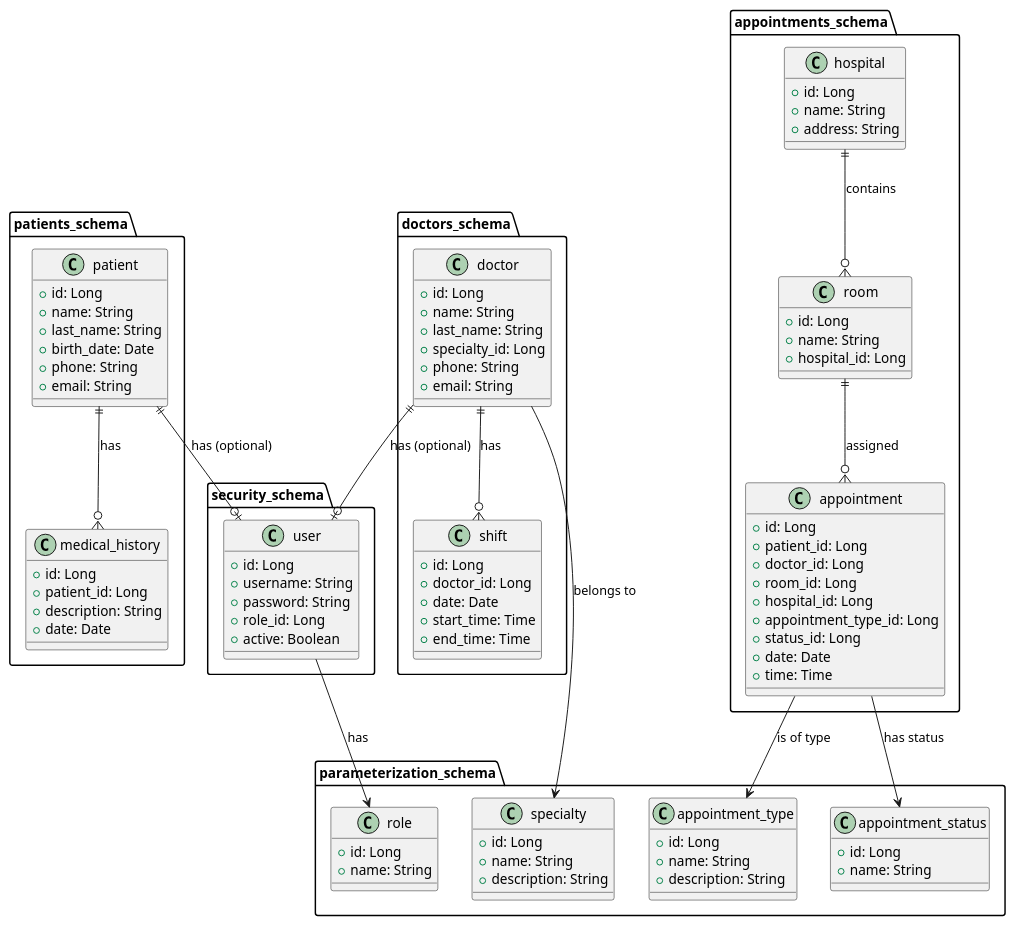
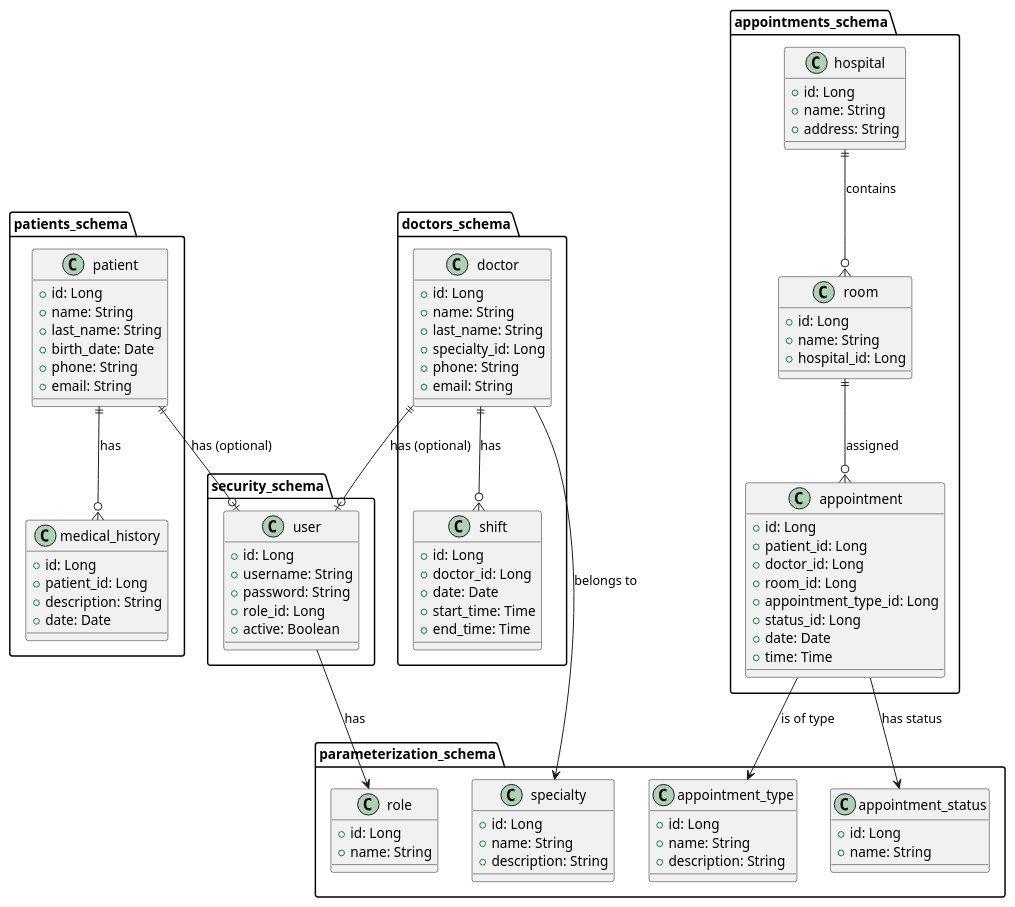
Before and after one commit to AFSB114/test-concept-adso-2899747: the diagram in docs/diagrams/database/clases.wsd, drawn with PlantUML. The commit also changed 1 other file, not shown here.

Commit message:
fix: remove redundant hospital_id from appointment table

```diff
--- a/docs/diagrams/database/clases.wsd
+++ b/docs/diagrams/database/clases.wsd
@@ -1,115 +1,114 @@
 @startuml Entity-Relationship Model (MER)
 
 package "patients_schema" {
     class patient {
         +id: Long
         +name: String
         +last_name: String
         +birth_date: Date
         +phone: String
         +email: String
     }
 
     class medical_history {
         +id: Long
         +patient_id: Long
         +description: String
         +date: Date
     }
 
     patient ||--o{ medical_history : has
 }
 
 package "doctors_schema" {
     class doctor {
         +id: Long
         +name: String
         +last_name: String
         +specialty_id: Long
         +phone: String
         +email: String
     }
 
     class shift {
         +id: Long
         +doctor_id: Long
         +date: Date
         +start_time: Time
         +end_time: Time
     }
 
     doctor ||--o{ shift : has
 }
 
 package "appointments_schema" {
     class appointment {
         +id: Long
         +patient_id: Long
         +doctor_id: Long
         +room_id: Long
-        +hospital_id: Long
         +appointment_type_id: Long
         +status_id: Long
         +date: Date
         +time: Time
     }
 
     class room {
         +id: Long
         +name: String
         +hospital_id: Long
     }
 
     class hospital {
         +id: Long
         +name: String
         +address: String
     }
 
     hospital ||--o{ room : contains
     room ||--o{ appointment : assigned
 }
 
 package "parameterization_schema" {
     class role {
         +id: Long
         +name: String
     }
 
     class appointment_type {
         +id: Long
         +name: String
         +description: String
     }
 
     class appointment_status {
         +id: Long
         +name: String
     }
 
     class specialty {
         +id: Long
         +name: String
         +description: String
     }
 }
 
 package "security_schema" {
     class user {
         +id: Long
         +username: String
         +password: String
         +role_id: Long
         +active: Boolean
     }
 }
 
 ' Relationships between schemas
 patient ||--o| user : has (optional)
 doctor ||--o| user : has (optional)
 user --> role : has
 appointment --> appointment_type : is of type
 appointment --> appointment_status : has status
 doctor --> specialty : belongs to
 
 @enduml
```
